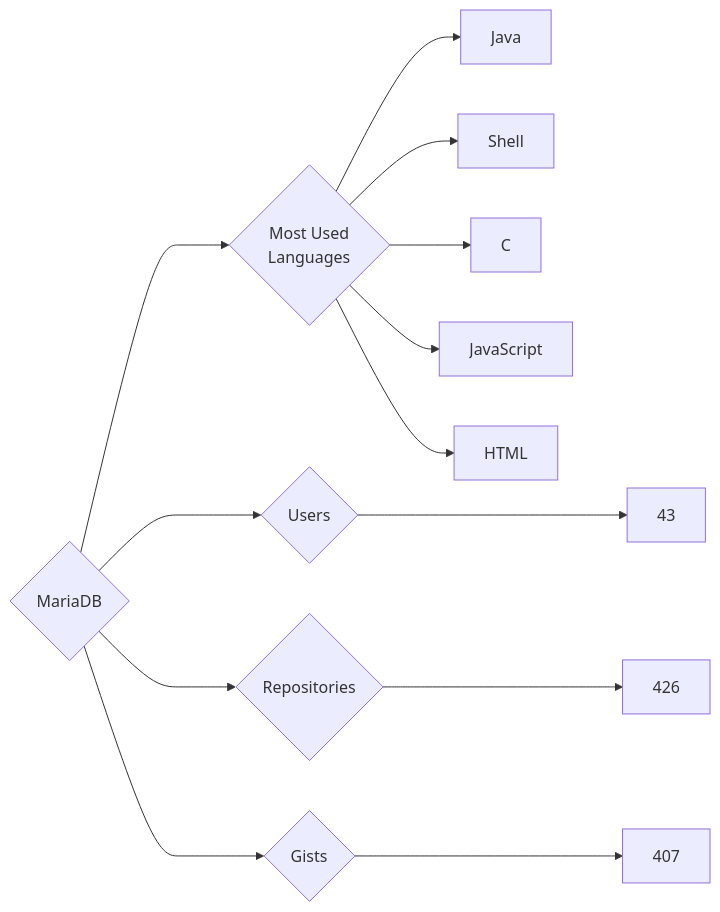
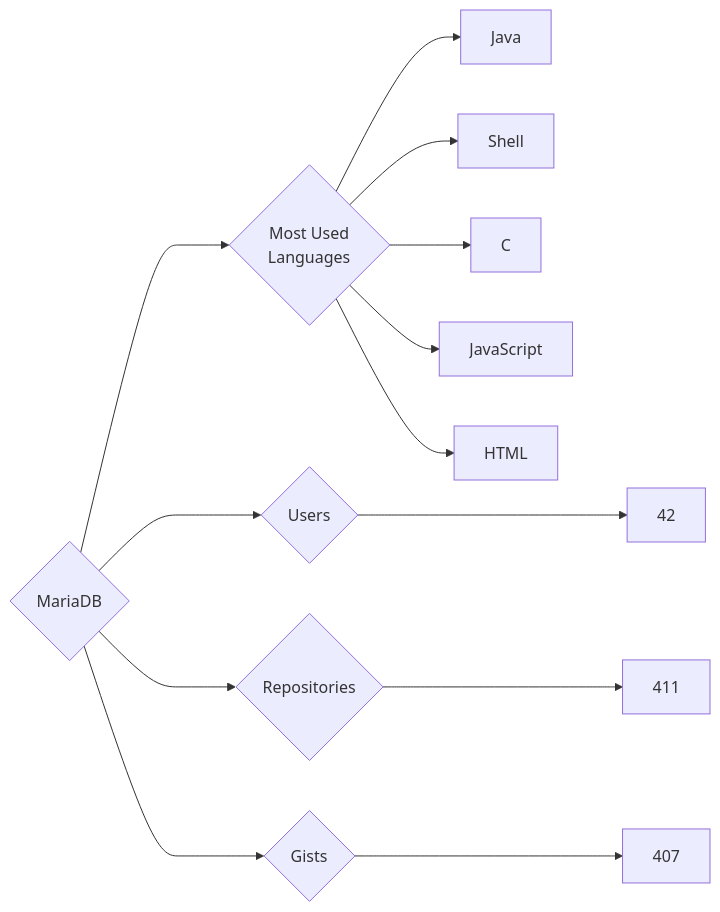
The diagram in targets/MariaDB/README.md (trickest/insiders), drawn with Mermaid before and after one commit. The commit also changed 765 other files, not shown here.

````diff
--- a/targets/MariaDB/README.md
+++ b/targets/MariaDB/README.md
@@ -3,13 +3,13 @@
 ```mermaid
 graph LR
 COMPANY_NAME{MariaDB}
-COMPANY_NAME ---> U{Users} ---> UN[43]
-COMPANY_NAME ---> R{Repositories} ---> RN[426]
+COMPANY_NAME ---> U{Users} ---> UN[42]
+COMPANY_NAME ---> R{Repositories} ---> RN[411]
 COMPANY_NAME ---> G{Gists} ---> GN[407]
 COMPANY_NAME ---> ML{Most Used<br>Languages}
 ML --> Java[Java]
 ML --> Shell[Shell]
 ML --> C[C]
 ML --> JavaScript[JavaScript]
 ML --> HTML[HTML]
 ```
````
